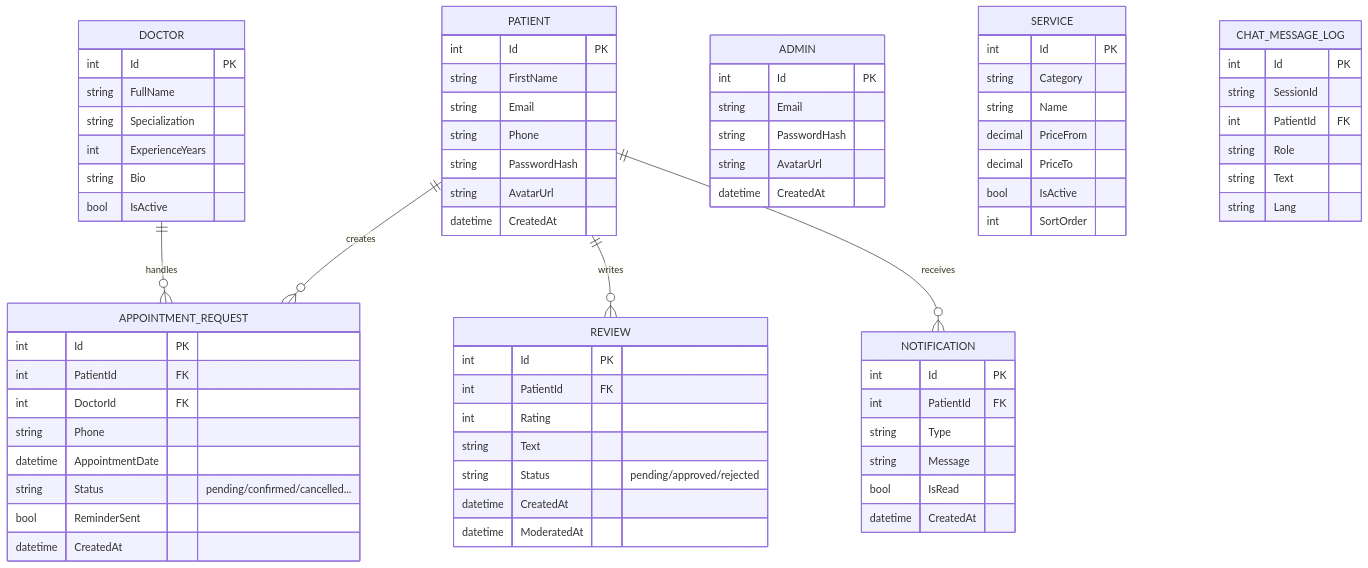
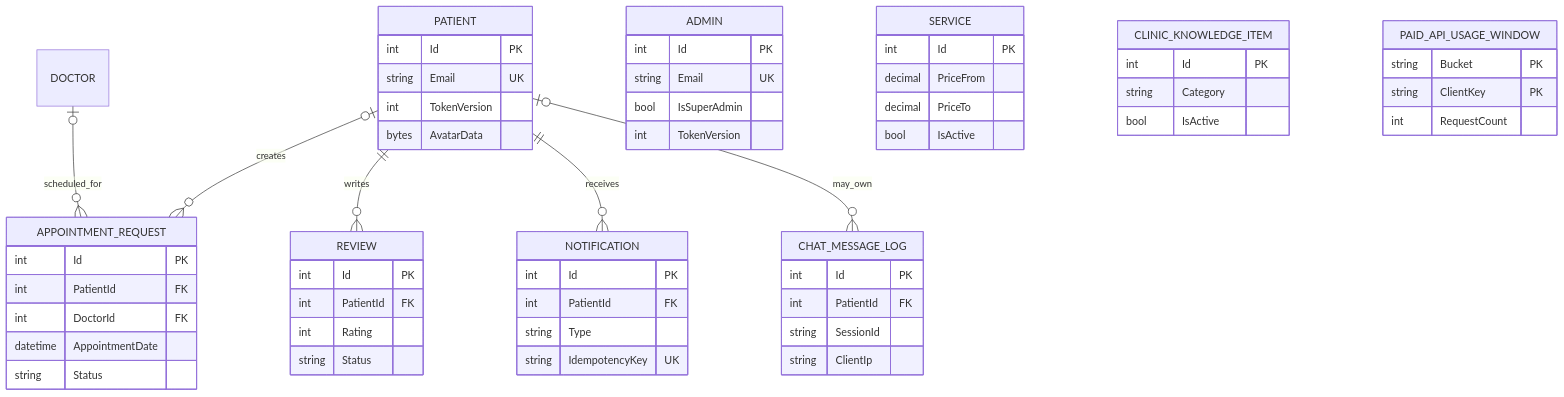
Before and after one commit to ViolettaNcl/DentalClinic: the sixth of 7 diagrams in docs/en/ARCHITECTURE.md, drawn with Mermaid. The commit also changed other lines of this file and 37 other files, not shown here.

````diff
--- a/docs/en/ARCHITECTURE.md
+++ b/docs/en/ARCHITECTURE.md
@@ -80,76 +188,62 @@
 ```mermaid
 erDiagram
-    PATIENT ||--o{ APPOINTMENT_REQUEST : "creates"
-    PATIENT ||--o{ REVIEW : "writes"
-    PATIENT ||--o{ NOTIFICATION : "receives"
-    DOCTOR  ||--o{ APPOINTMENT_REQUEST : "handles"
+    PATIENT |o--o{ APPOINTMENT_REQUEST : creates
+    PATIENT ||--o{ REVIEW : writes
+    PATIENT ||--o{ NOTIFICATION : receives
+    PATIENT |o--o{ CHAT_MESSAGE_LOG : may_own
+    DOCTOR |o--o{ APPOINTMENT_REQUEST : scheduled_for
 
     PATIENT {
         int Id PK
-        string FirstName
-        string Email
-        string Phone
-        string PasswordHash
-        string AvatarUrl
-        datetime CreatedAt
+        string Email UK
+        int TokenVersion
+        bytes AvatarData
     }
     ADMIN {
         int Id PK
-        string Email
-        string PasswordHash
-        string AvatarUrl
-        datetime CreatedAt
-    }
-    DOCTOR {
-        int Id PK
-        string FullName
-        string Specialization
-        int ExperienceYears
-        string Bio
-        bool IsActive
+        string Email UK
+        bool IsSuperAdmin
+        int TokenVersion
     }
     APPOINTMENT_REQUEST {
         int Id PK
         int PatientId FK
         int DoctorId FK
-        string Phone
         datetime AppointmentDate
-        string Status "pending/confirmed/cancelled..."
-        bool ReminderSent
-        datetime CreatedAt
-    }
-    SERVICE {
-        int Id PK
-        string Category
-        string Name
-        decimal PriceFrom
-        decimal PriceTo
-        bool IsActive
-        int SortOrder
+        string Status
     }
     REVIEW {
         int Id PK
         int PatientId FK
         int Rating
-        string Text
-        string Status "pending/approved/rejected"
-        datetime CreatedAt
-        datetime ModeratedAt
+        string Status
     }
     NOTIFICATION {
         int Id PK
         int PatientId FK
         string Type
-        string Message
-        bool IsRead
-        datetime CreatedAt
+        string IdempotencyKey UK
     }
     CHAT_MESSAGE_LOG {
         int Id PK
+        int PatientId FK
         string SessionId
-        int PatientId FK
-        string Role
-        string Text
-        string Lang
+        string ClientIp
+    }
+    SERVICE {
+        int Id PK
+        decimal PriceFrom
+        decimal PriceTo
+        bool IsActive
+    }
+    CLINIC_KNOWLEDGE_ITEM {
+        int Id PK
+        string Category
+        bool IsActive
+    }
+    PAID_API_USAGE_WINDOW {
+        string Bucket PK
+        string ClientKey PK
+        int RequestCount
     }
 ```
````
